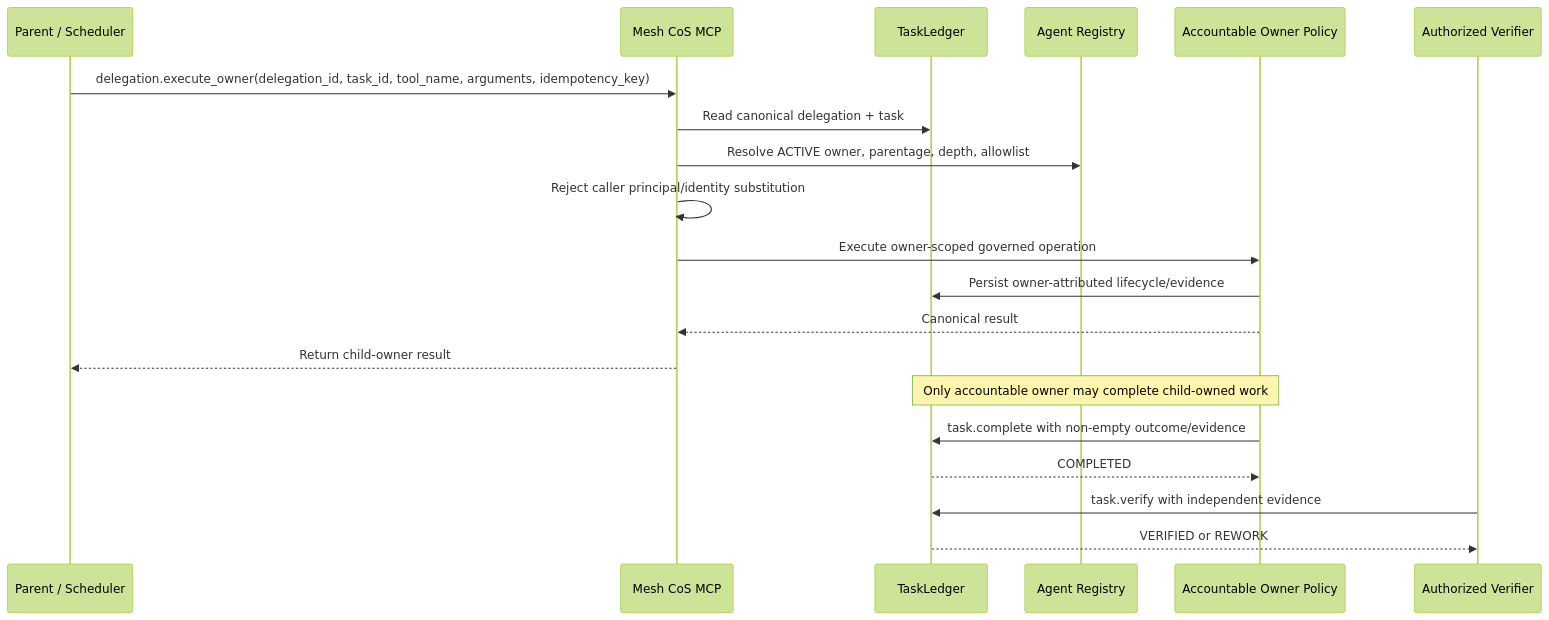
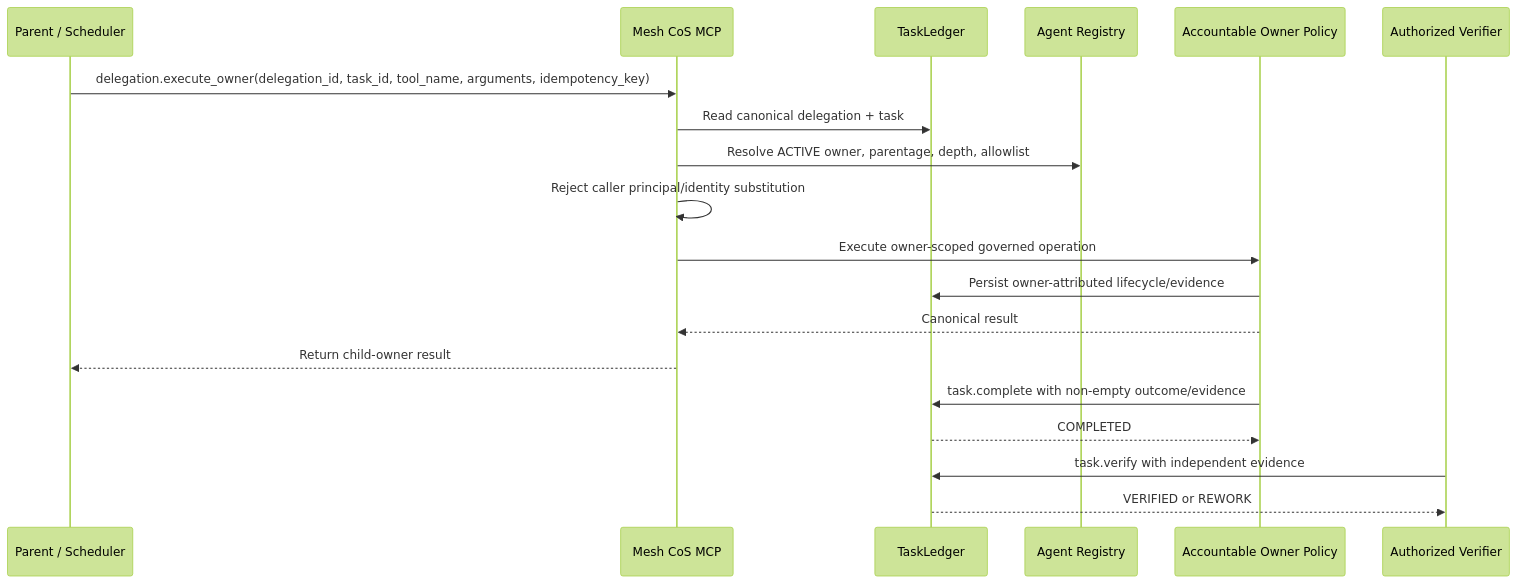
The second of 2 diagrams in docs/material-turn-v4.3.0.md (mkleinbe/mesh-ai-agent-cos-universe), drawn with Mermaid (forest theme) before and after one commit. The commit also changed other lines of this file, not shown here.

````diff
--- a/docs/material-turn-v4.3.0.md
+++ b/docs/material-turn-v4.3.0.md
@@ -142,23 +113,22 @@
 ```mermaid
 sequenceDiagram
     participant P as Parent / Scheduler
     participant MCP as Mesh CoS MCP
     participant TL as TaskLedger
     participant R as Agent Registry
     participant O as Accountable Owner Policy
     participant V as Authorized Verifier
 
     P->>MCP: delegation.execute_owner(delegation_id, task_id, tool_name, arguments, idempotency_key)
     MCP->>TL: Read canonical delegation + task
     MCP->>R: Resolve ACTIVE owner, parentage, depth, allowlist
     MCP->>MCP: Reject caller principal/identity substitution
     MCP->>O: Execute owner-scoped governed operation
     O->>TL: Persist owner-attributed lifecycle/evidence
     O-->>MCP: Canonical result
     MCP-->>P: Return child-owner result
-    Note over O,TL: Only accountable owner may complete child-owned work
     O->>TL: task.complete with non-empty outcome/evidence
     TL-->>O: COMPLETED
     V->>TL: task.verify with independent evidence
     TL-->>V: VERIFIED or REWORK
 ```
````
